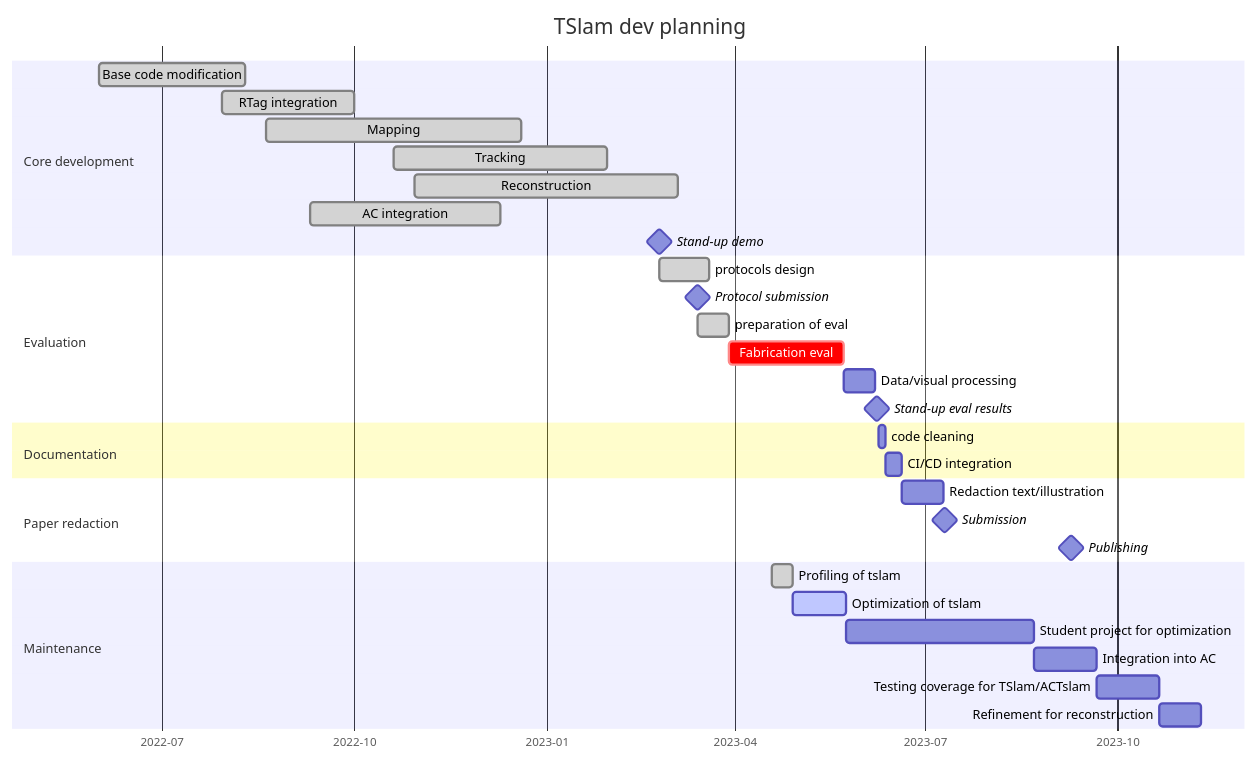
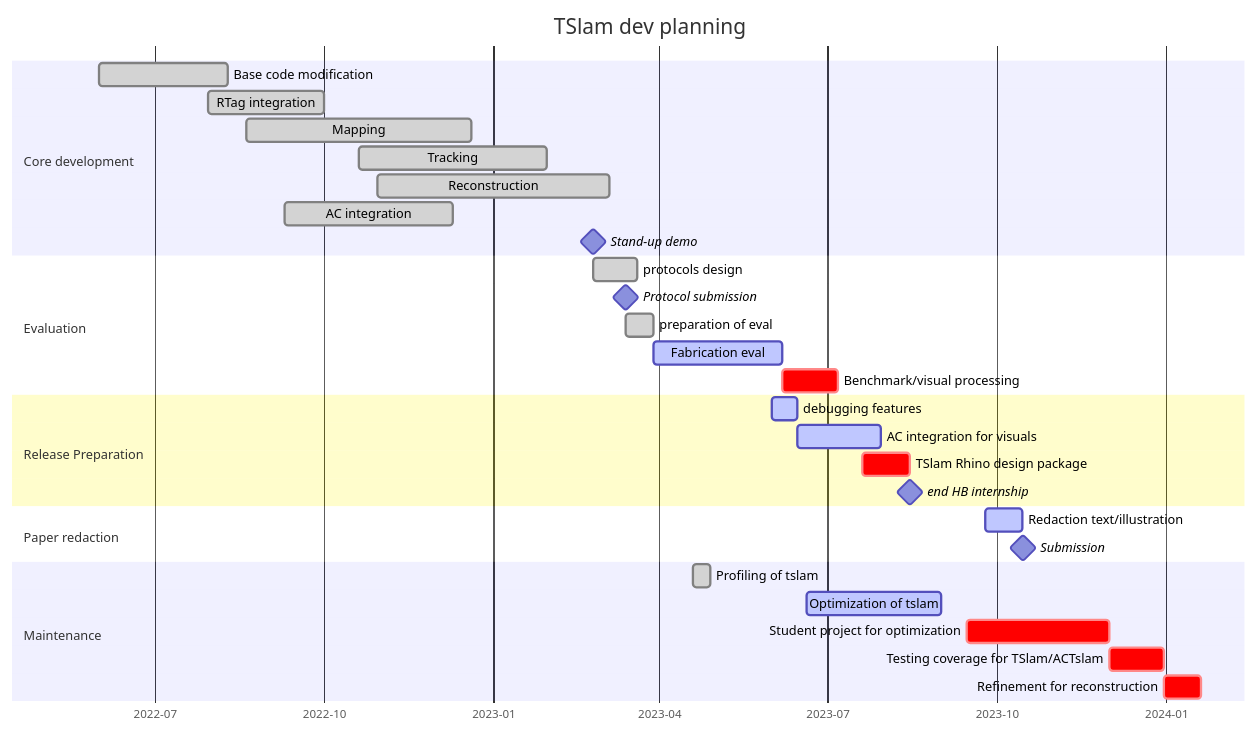
The diagram in README.md (ibois-epfl/TSlam), drawn with Mermaid before and after one commit.

Commit message:
UPDATE: planning [no ci]

````diff
--- a/README.md
+++ b/README.md
@@ -10,40 +10,39 @@
 ```mermaid
 gantt
     dateFormat  YYYY-MM-DD
     title       TSlam dev planning
     axisFormat %Y-%m
 
     section Core development
     Base code modification          :done, ucm, 2022-06-01, 2022-08-10
     RTag integration                :done, rti, 2022-07-30, 2022-10-01
     Mapping                         :done, map, 2022-08-20, 2022-12-20
     Tracking                        :done, trck, 2022-10-20, 2023-01-30
     Reconstruction                  :done, rec, 2022-10-30, 2023-03-05
     AC integration                  :done, aci, 2022-09-10, 2022-12-10
     Stand-up demo                   :milestone, 2023-02-24, 0d
 
     section Evaluation
     protocols design                :done, ptrd, 2023-02-24, 2023-03-20
     Protocol submission             :milestone, 2023-03-14, 0d
     preparation of eval             :done, 15d
-    Fabrication eval                :crit, 55d
-    Data/visual processing          :15d
-    Stand-up eval results           :milestone, 2d
-
-    section Documentation
-    code cleaning                   :3d
-    CI/CD integration               :8d
+    Fabrication eval                :active, 70d
+    Benchmark/visual processing     :crit, 30d
+    
+    section Release Preparation
+    debugging features              :active, 2023-06-01, 2023-06-15
+    AC integration for visuals      :active, 2023-06-15, 2023-07-30
+    TSlam Rhino design package      :crit, 2023-07-20, 2023-08-15
+    end HB internship               :milestone, 2023-08-15
 
     section Paper redaction
-    Redaction text/illustration     :20d
+    Redaction text/illustration     :active, pprd, 2023-09-25, 20d
     Submission                      :milestone, 1d
-    Publishing                      :milestone, 120d
     
     section Maintenance            
     Profiling of tslam                  :done, opti, 2023-04-19, 10d
-    Optimization of tslam               :active, 25d
-    Student project for optimization    :90d
-    Integration into AC                 :30d
-    Testing coverage for TSlam/ACTslam  :30d
-    Refinement for reconstruction       :20d
+    Optimization of tslam               :active, 2023-06-20, 2023-09-01
+    Student project for optimization    :crit, 90d, 2023-09-15, 2023-12-01
+    Testing coverage for TSlam/ACTslam  :crit, 30d
+    Refinement for reconstruction       :crit, 20d
 ```
````
